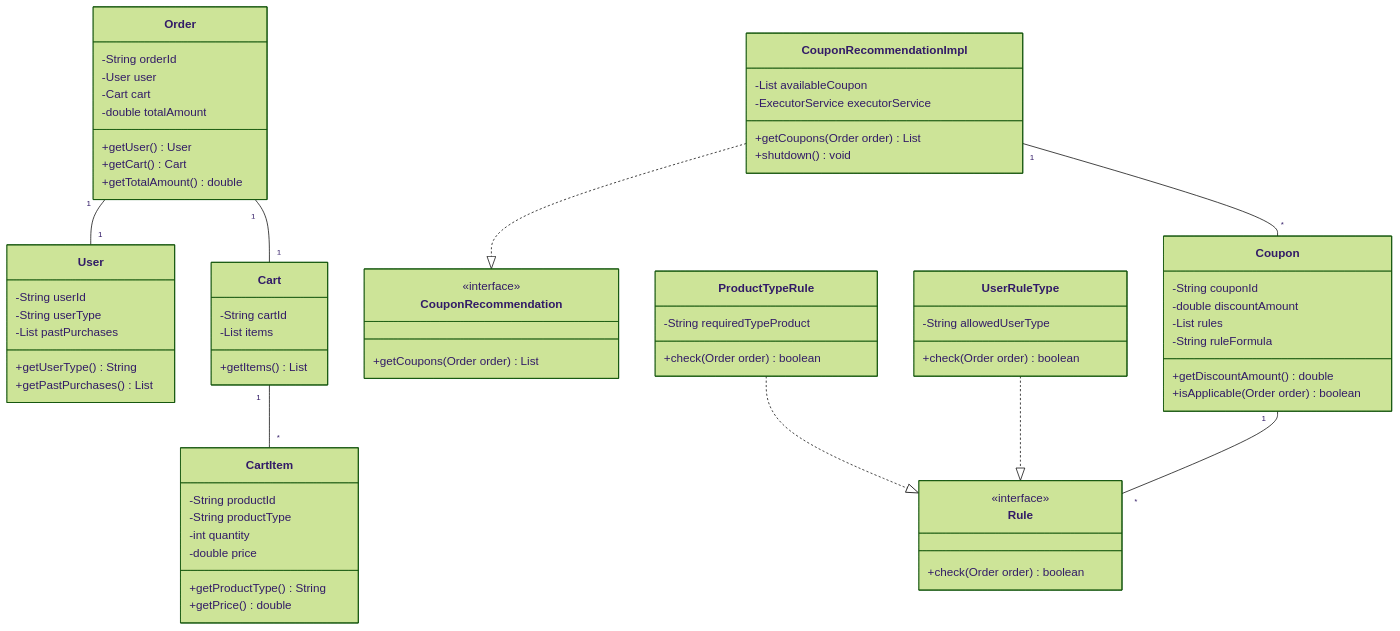
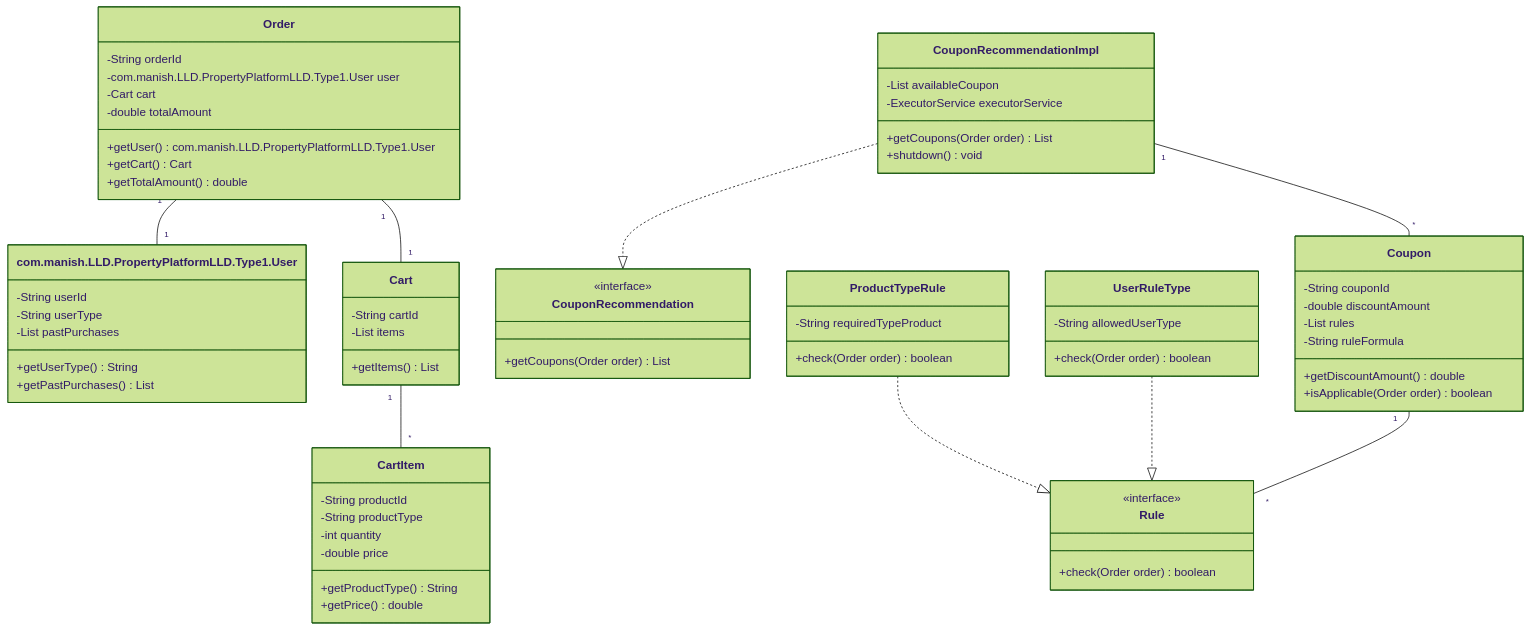
The first of 5 diagrams in src/main/java/com/manish/LLD/CoupounSystem/Type1/Notes1.md (manu05X/CS-Fundamentals), drawn with Mermaid (forest theme) before and after one commit. The commit also changed other lines of this file and 90 other files, not shown here.

````diff
--- a/src/main/java/com/manish/LLD/CoupounSystem/Type1/Notes1.md
+++ b/src/main/java/com/manish/LLD/CoupounSystem/Type1/Notes1.md
@@ -6,80 +6,80 @@
 ```mermaid
 classDiagram
     class Cart {
         -String cartId
         -List<CartItem> items
         +getItems() List<CartItem>
     }
 
     class CartItem {
         -String productId
         -String productType
         -int quantity
         -double price
         +getProductType() String
         +getPrice() double
     }
 
     class Coupon {
         -String couponId
         -double discountAmount
         -List<Rule> rules
         -String ruleFormula
         +getDiscountAmount() double
         +isApplicable(Order order) boolean
     }
 
     class Order {
         -String orderId
-        -User user
+        -com.manish.LLD.PropertyPlatformLLD.Type1.User user
         -Cart cart
         -double totalAmount
-        +getUser() User
+        +getUser() com.manish.LLD.PropertyPlatformLLD.Type1.User
         +getCart() Cart
         +getTotalAmount() double
     }
 
-    class User {
+    class com.manish.LLD.PropertyPlatformLLD.Type1.User {
         -String userId
         -String userType
         -List<String> pastPurchases
         +getUserType() String
         +getPastPurchases() List<String>
     }
 
     class Rule {
         <<interface>>
         +check(Order order) boolean
     }
 
     class ProductTypeRule {
         -String requiredTypeProduct
         +check(Order order) boolean
     }
 
     class UserRuleType {
         -String allowedUserType
         +check(Order order) boolean
     }
 
     class CouponRecommendation {
         <<interface>>
         +getCoupons(Order order) List<Coupon>
     }
 
     class CouponRecommendationImpl {
         -List<Coupon> availableCoupon
         -ExecutorService executorService
         +getCoupons(Order order) List<Coupon>
         +shutdown() void
     }
 
     Cart "1" -- "*" CartItem
-    Order "1" -- "1" User
+    Order "1" -- "1" com.manish.LLD.PropertyPlatformLLD.Type1.User
     Order "1" -- "1" Cart
     Coupon "1" -- "*" Rule
     CouponRecommendationImpl ..|> CouponRecommendation
     CouponRecommendationImpl "1" -- "*" Coupon
     ProductTypeRule ..|> Rule
     UserRuleType ..|> Rule
 ```
````
